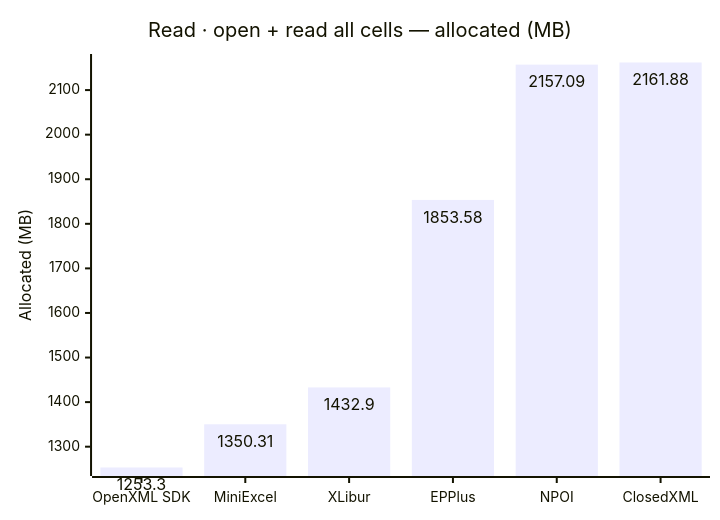
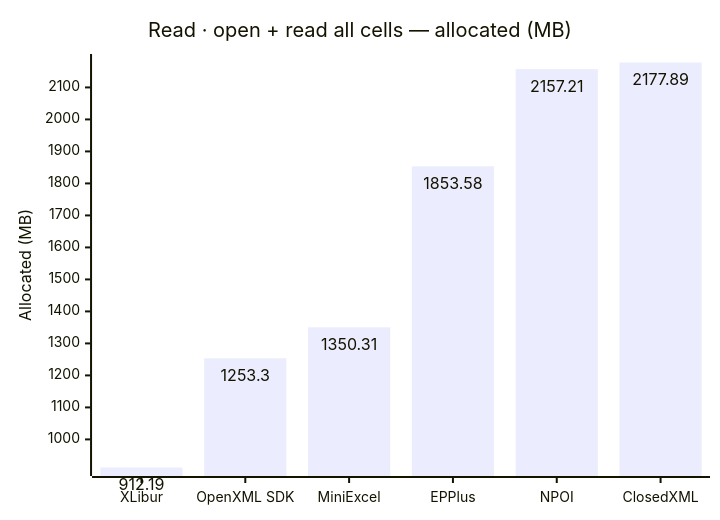
The fourth of 6 diagrams in docs/results.md (jafin/XLBench), drawn with Mermaid before and after one commit. The commit also changed other lines of this file and 4 other files, not shown here.

````diff
--- a/docs/results.md
+++ b/docs/results.md
@@ -73,12 +73,12 @@
 ```mermaid
 ---
 config:
   xyChart:
     showDataLabel: true
 ---
 xychart-beta
     title "Read · open + read all cells — allocated (MB)"
-    x-axis ["OpenXML SDK", "MiniExcel", "XLibur", "EPPlus", "NPOI", "ClosedXML"]
+    x-axis ["XLibur", "OpenXML SDK", "MiniExcel", "EPPlus", "NPOI", "ClosedXML"]
     y-axis "Allocated (MB)"
-    bar [1253.3, 1350.31, 1432.9, 1853.58, 2157.09, 2161.88]
+    bar [912.19, 1253.3, 1350.31, 1853.58, 2157.21, 2177.89]
 ```
````
